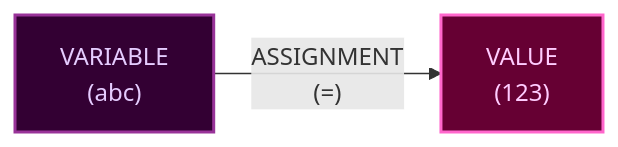
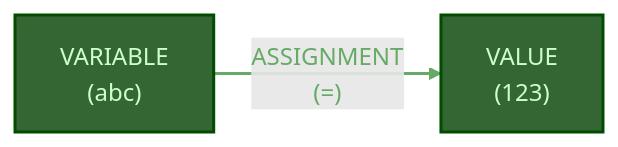
One commit to sun2ii/coding-101 changed the second of 2 diagrams in 2-variables.md. Above: the diagram before and after it, drawn with Mermaid. The commit also changed other lines of this file and 1 other file, not shown here.

Commit message:
add 2-variables and readme

````diff
--- a/2-variables.md
+++ b/2-variables.md
@@ -24,11 +24,11 @@
 ```mermaid
 graph LR
     G["VARIABLE<br>(abc)"] -->|"ASSIGNMENT<br>(=)"| H["VALUE<br>(123)"]
+    linkStyle 0 stroke:#66aa66,color:#66aa66,stroke-width:2px;
 
-    classDef purple fill:#330033,stroke:#993399,stroke-width:2px,color:#e5ccff;
-    classDef pink fill:#660033,stroke:#ff66cc,stroke-width:2px,color:#ffccff;
+    classDef darkGreen fill:#336633,stroke:#004d00,stroke-width:2px,color:#ccffcc;
 
-    class G purple;
-    class H pink;
+    class G darkGreen;
+    class H darkGreen;
 
 ```
````
